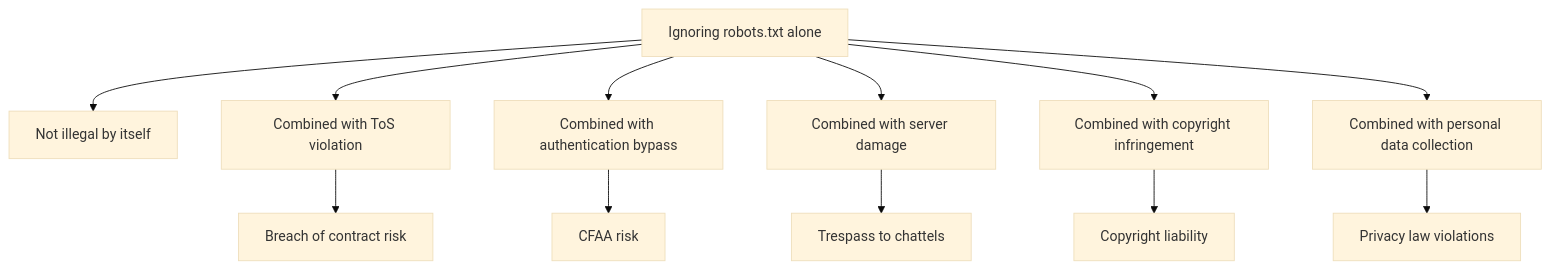
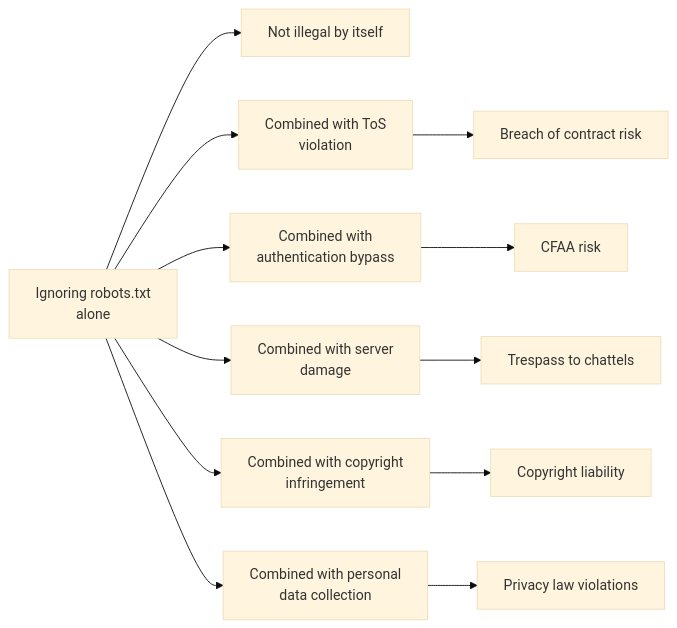
One commit to bytetunnels/bytetunnels.github.com changed the second of 4 diagrams in _posts/2026-03-01-is-robots-txt-legally-binding-scraping-law-explained.md. Above: the diagram before and after it, drawn with Mermaid (base theme). The commit also changed other lines of this file and 118 other files, not shown here.

Commit message:
feat: improve diagram styling and compact wide flowcharts

````diff
--- a/_posts/2026-03-01-is-robots-txt-legally-binding-scraping-law-explained.md
+++ b/_posts/2026-03-01-is-robots-txt-legally-binding-scraping-law-explained.md
@@ -134,9 +134,9 @@
 ```mermaid
-graph TD
-    A["Ignoring robots.txt alone"] --> B["Not illegal by itself"]
-    A --> C["Combined with ToS violation"] --> D["Breach of contract risk"]
-    A --> E["Combined with authentication bypass"] --> F["CFAA risk"]
-    A --> G["Combined with server damage"] --> H["Trespass to chattels"]
-    A --> I["Combined with copyright infringement"] --> J["Copyright liability"]
-    A --> K["Combined with personal data collection"] --> L["Privacy law violations"]
+graph LR
+    A["Ignoring robots.txt<br/>alone"] --> B["Not illegal by itself"]
+    A --> C["Combined with ToS<br/>violation"] --> D["Breach of contract risk"]
+    A --> E["Combined with<br/>authentication bypass"] --> F["CFAA risk"]
+    A --> G["Combined with server<br/>damage"] --> H["Trespass to chattels"]
+    A --> I["Combined with copyright<br/>infringement"] --> J["Copyright liability"]
+    A --> K["Combined with personal<br/>data collection"] --> L["Privacy law violations"]
 ```
````
